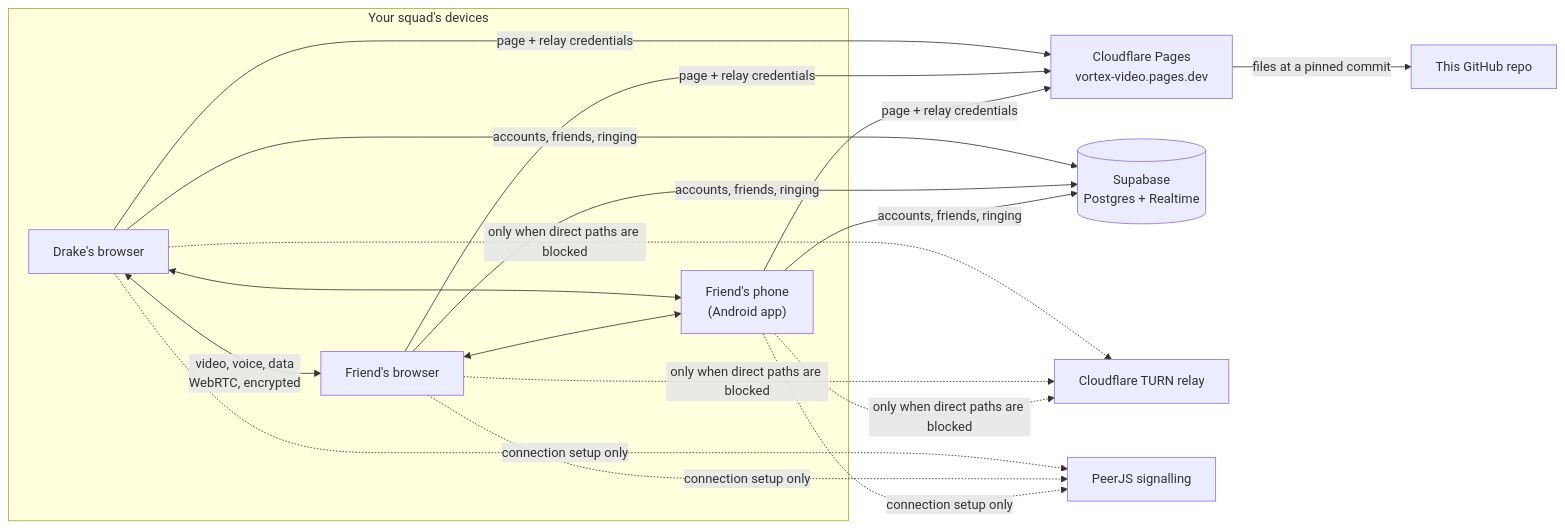
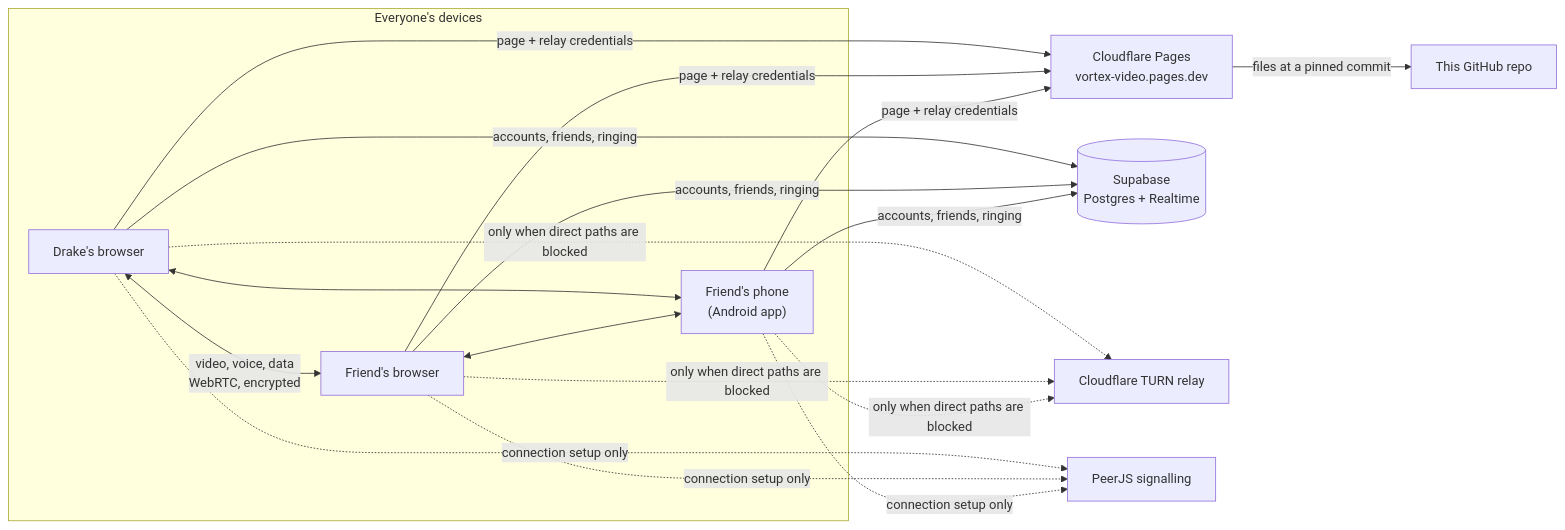
The diagram in README.md (itbelikethatbruh/vortex-video), drawn with Mermaid before and after one commit. The commit also changed other lines of this file and 2 other files, not shown here.

First line of the commit message:
Google Meet-style flow: New call / paste an invite link / Ready to join?; "call" wording instead of "squad"

````diff
--- a/README.md
+++ b/README.md
@@ -109,13 +110,13 @@
 ```mermaid
 flowchart LR
-  subgraph Devices["Your squad's devices"]
+  subgraph Devices["Everyone's devices"]
     A["Drake's browser"] <-->|"video, voice, data<br/>WebRTC, encrypted"| B["Friend's browser"]
     A <--> C["Friend's phone<br/>(Android app)"]
     B <--> C
   end
   A & B & C -->|"page + relay credentials"| CF["Cloudflare Pages<br/>vortex-video.pages.dev"]
   A & B & C -->|"accounts, friends, ringing"| SB[("Supabase<br/>Postgres + Realtime")]
   A & B & C -.->|"only when direct paths are blocked"| TURN["Cloudflare TURN relay"]
   A & B & C -.->|"connection setup only"| PJ["PeerJS signalling"]
   CF -->|"files at a pinned commit"| GH["This GitHub repo"]
 ```
````
